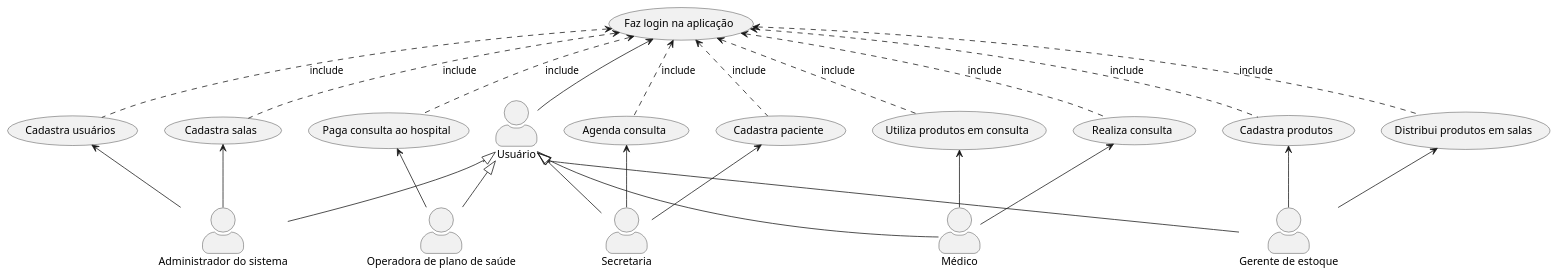
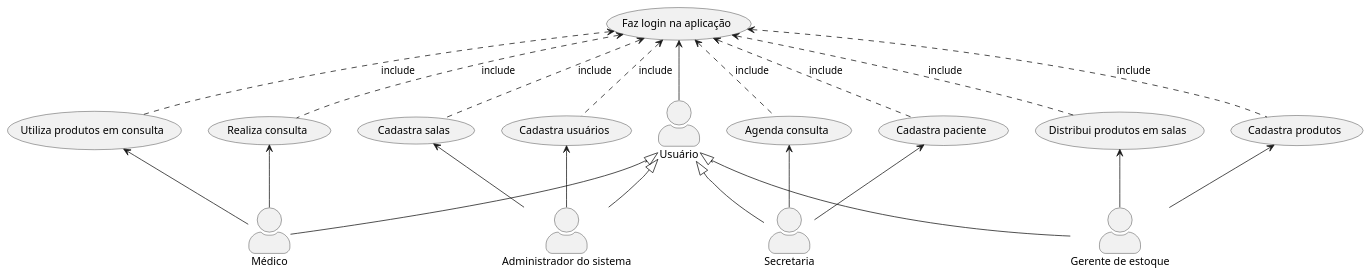
The diagram in docs/use-cases.puml (vaniacourses/projeto-software-robson-caetano), drawn with PlantUML before and after one commit.

Commit message:
remove casos de uso de operadora de saúde

```diff
--- a/docs/use-cases.puml
+++ b/docs/use-cases.puml
@@ -1,55 +1,49 @@
 @startuml
 
 skinparam actorStyle awesome
 
 "Administrador do sistema" as admin
 Secretaria as secretaria
 Médico as medico
 "Gerente de estoque" as gerente
-"Operadora de plano de saúde" as operadora
 "Usuário" as usuario
 
 "Cadastra usuários" as (cadastra usuarios)
 "Cadastra salas" as (cadastra salas)
 
 "Cadastra produtos" as (cadastra produtos)
 "Distribui produtos em salas" as (distribui produtos)
 "Cadastra paciente" as (cadastra paciente)
 "Agenda consulta" as (agenda consulta)
 "Realiza consulta" as (realiza consulta)
 "Utiliza produtos em consulta" as (usa produtos)
-"Paga consulta ao hospital" as (paga consulta)
 "Faz login na aplicação" as (login)
 
 usuario <|-- admin
 usuario <|-- secretaria
 usuario <|-- medico
 usuario <|-- gerente
-usuario <|-- operadora
 
 usuario -up-> (login)
 
 admin -up-> (cadastra usuarios)
 admin -up-> (cadastra salas)
 (cadastra usuarios) .up.> (login) : include
 (cadastra salas) .up.> (login) : include
 
 gerente -up-> (cadastra produtos)
 gerente -up-> (distribui produtos)
 (cadastra produtos) .up.> (login) : include
 (distribui produtos) .up.> (login) : include
 
 secretaria -up-> (cadastra paciente)
 secretaria -up-> (agenda consulta)
 (cadastra paciente) .up.> (login) : include
 (agenda consulta) .up.> (login) : include
 
 medico -up-> (realiza consulta) 
 medico -up-> (usa produtos)
 (realiza consulta) .up.> (login) : include
 (usa produtos) .up.> (login) : include
 
-operadora -up-> (paga consulta)
-(paga consulta) .up.> (login) : include
-
 @enduml
```
